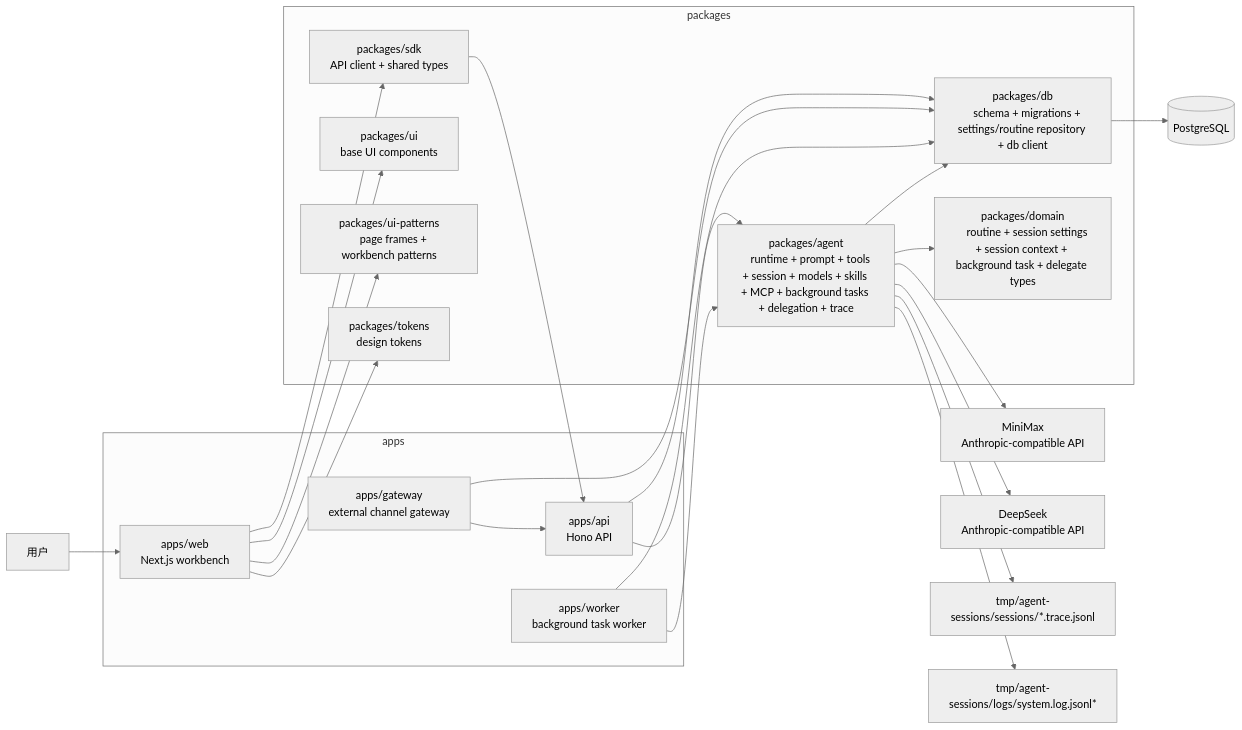
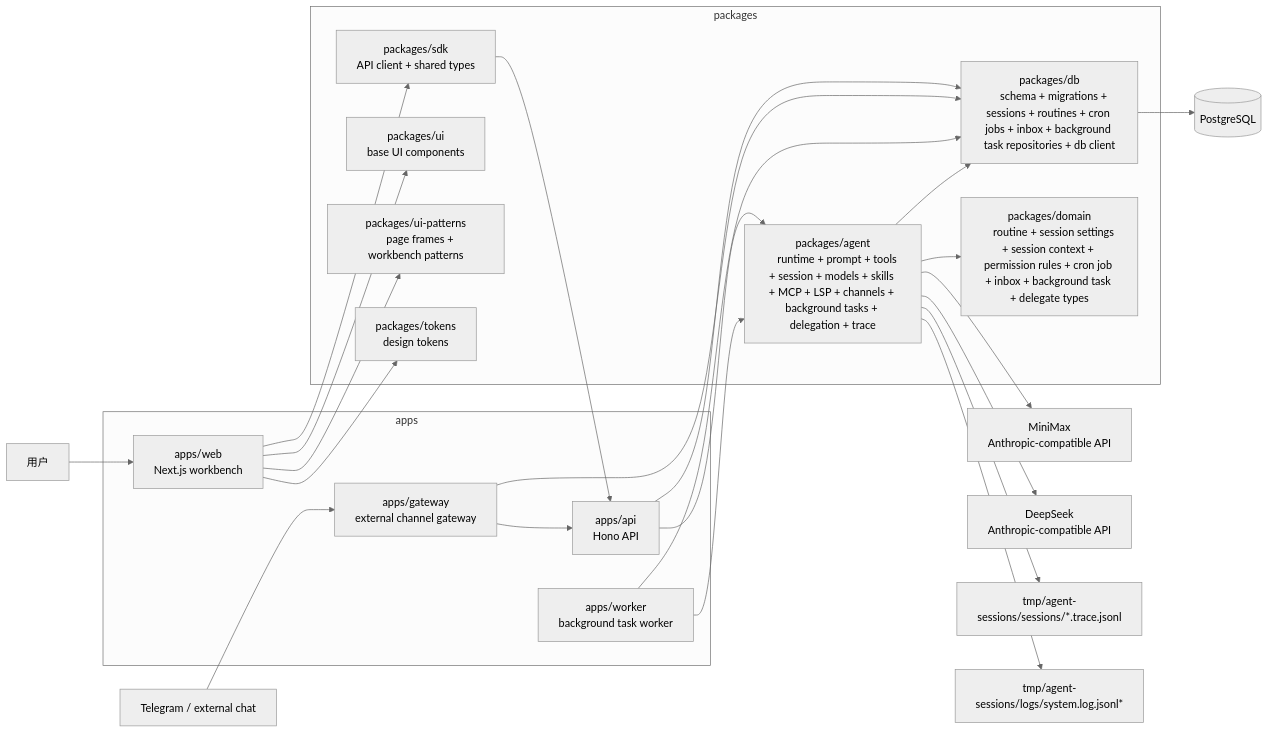
One commit to pswd123456/my-agent-proj changed the first of 3 diagrams in docs/architecture/diagram.md. Above: the diagram before and after it, drawn with Mermaid (neutral theme). The commit also changed other lines of this file, not shown here.

Commit message:
docs: update architecture diagram with Telegram, LSP, channels, cron and inbox

````diff
--- a/docs/architecture/diagram.md
+++ b/docs/architecture/diagram.md
@@ -7,60 +7,62 @@
 ```mermaid
 flowchart LR
   user["用户"]
+  telegram["Telegram / external chat"]
 
   subgraph apps["apps"]
     web["apps/web
     Next.js workbench"]
     api["apps/api
     Hono API"]
     worker["apps/worker
     background task worker"]
     gateway["apps/gateway
     external channel gateway"]
   end
 
   subgraph packages["packages"]
     sdk["packages/sdk
     API client + shared types"]
     agent["packages/agent
-    runtime + prompt + tools + session + models + skills + MCP + background tasks + delegation + trace"]
+    runtime + prompt + tools + session + models + skills + MCP + LSP + channels + background tasks + delegation + trace"]
     db["packages/db
-    schema + migrations + settings/routine repository + db client"]
+    schema + migrations + sessions + routines + cron jobs + inbox + background task repositories + db client"]
     domain["packages/domain
-    routine + session settings + session context + background task + delegate types"]
+    routine + session settings + session context + permission rules + cron job + inbox + background task + delegate types"]
     ui["packages/ui
     base UI components"]
     patterns["packages/ui-patterns
     page frames + workbench patterns"]
     tokens["packages/tokens
     design tokens"]
   end
 
   postgres[("PostgreSQL")]
   minimax["MiniMax
   Anthropic-compatible API"]
   deepseek["DeepSeek
   Anthropic-compatible API"]
   trace["tmp/agent-sessions/sessions/*.trace.jsonl"]
   logs["tmp/agent-sessions/logs/system.log.jsonl*"]
 
   user --> web
+  telegram --> gateway
   web --> ui
   web --> patterns
   web --> tokens
   web --> sdk
   sdk --> api
   api --> agent
   api --> db
   gateway --> api
   gateway --> db
   worker --> agent
   worker --> db
   agent --> domain
   agent --> db
   db --> postgres
   agent --> minimax
   agent --> deepseek
   agent --> trace
   agent --> logs
 ```
````
